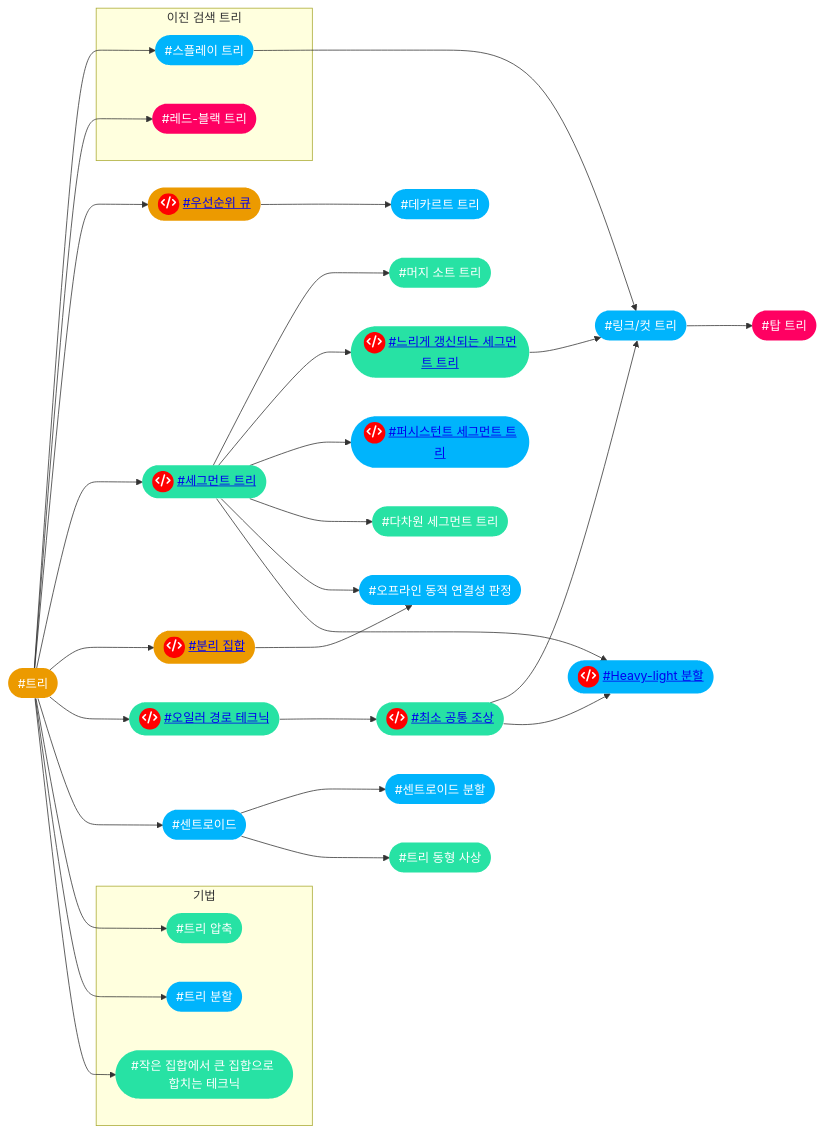
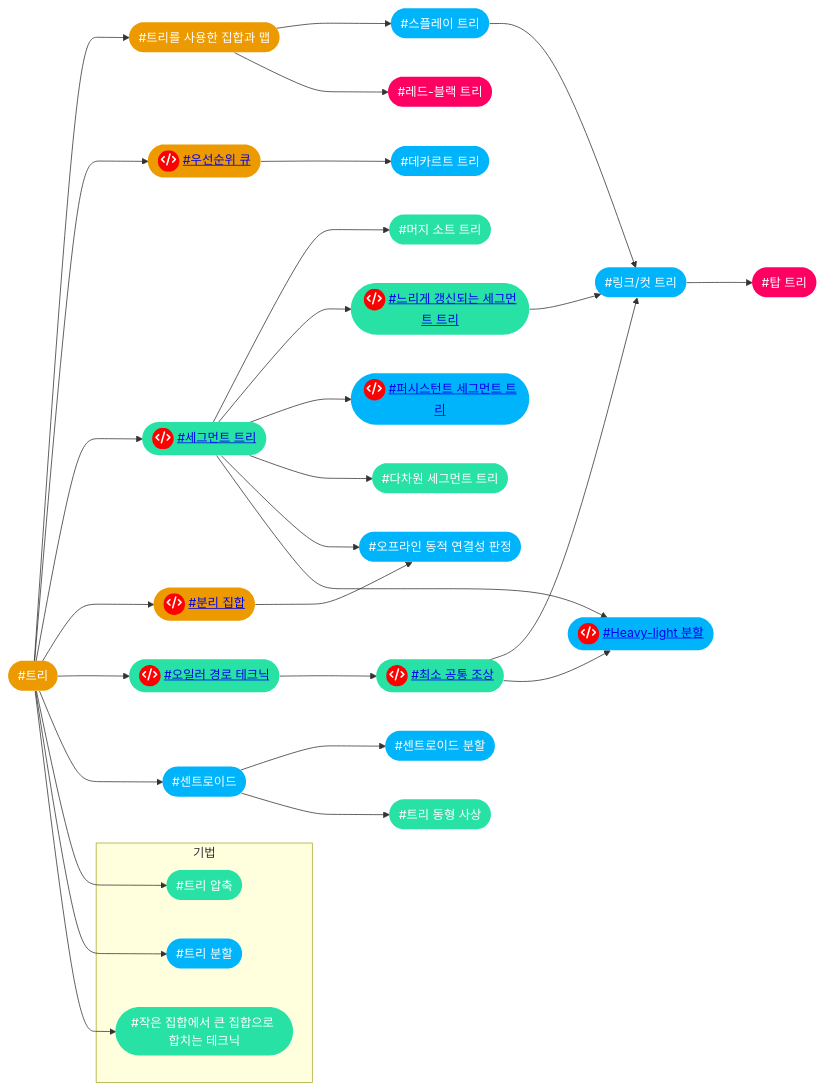
The sixth of 17 diagrams in index.md (CHOYUNSIG/algorithm_with_boj), drawn with Mermaid before and after one commit. The commit also changed 2 other files, not shown here.

Commit message:
태그 연결성 자동화 수정

```diff
--- a/index.md
+++ b/index.md
@@ -213,72 +213,69 @@
 <pre class="mermaid">
     graph LR
 
-    #trees --> #splay_tree
-    #trees --> #rb_tree
+    #trees --> #tree_set
     #trees --> #priority_queue
     #trees --> #segtree
     #trees --> #disjoint_set
     #trees --> #euler_tour_technique
     #trees --> #centroid
     #trees --> #tree_compression
     #trees --> #tree_decomposition
     #trees --> #smaller_to_larger
+    #tree_set --> #splay_tree
+    #tree_set --> #rb_tree
     #priority_queue --> #cartesian_tree
     #lca --> #link_cut_tree
     #lca --> #hld
     #centroid --> #centroid_decomposition
     #centroid --> #tree_isomorphism
     #splay_tree --> #link_cut_tree
     #link_cut_tree --> #top_tree
     #segtree --> #merge_sort_tree
     #segtree --> #lazyprop
     #segtree --> #pst
     #segtree --> #multi_segtree
     #segtree --> #offline_dynamic_connectivity
     #segtree --> #hld
     #euler_tour_technique --> #lca
     #lazyprop --> #link_cut_tree
     #disjoint_set --> #offline_dynamic_connectivity
-
-    subgraph 이진 검색 트리
-        #splay_tree
-        #rb_tree
-    end
 
     subgraph 기법
         #tree_compression
         #tree_decomposition
         #smaller_to_larger
     end
 
     #hld(["<span style="background-color: red; border-radius: 50%; display:inline-block; width:28px; height:28px">fa:fa-code</span> <a href="post/2024/01/31/hld.html">#Heavy-light 분할</a>"]):::tier4
     #lazyprop(["<span style="background-color: red; border-radius: 50%; display:inline-block; width:28px; height:28px">fa:fa-code</span> <a href="post/2024/01/29/lazyprop.html">#느리게 갱신되는 세그먼트 트리</a>"]):::tier3
     #multi_segtree(["#다차원 세그먼트 트리"]):::tier3
     #cartesian_tree(["#데카르트 트리"]):::tier4
     #rb_tree(["#레드-블랙 트리"]):::tier5
     #link_cut_tree(["#링크/컷 트리"]):::tier4
     #merge_sort_tree(["#머지 소트 트리"]):::tier3
     #disjoint_set(["<span style="background-color: red; border-radius: 50%; display:inline-block; width:28px; height:28px">fa:fa-code</span> <a href="post/2024/01/13/disjoint_set.html">#분리 집합</a>"]):::tier2
     #segtree(["<span style="background-color: red; border-radius: 50%; display:inline-block; width:28px; height:28px">fa:fa-code</span> <a href="post/2024/01/11/segtree.html">#세그먼트 트리</a>"]):::tier3
     #centroid(["#센트로이드"]):::tier4
     #centroid_decomposition(["#센트로이드 분할"]):::tier4
     #splay_tree(["#스플레이 트리"]):::tier4
     #euler_tour_technique(["<span style="background-color: red; border-radius: 50%; display:inline-block; width:28px; height:28px">fa:fa-code</span> <a href="post/2024/01/18/euler_tour_technique.html">#오일러 경로 테크닉</a>"]):::tier3
     #offline_dynamic_connectivity(["#오프라인 동적 연결성 판정"]):::tier4
     #priority_queue(["<span style="background-color: red; border-radius: 50%; display:inline-block; width:28px; height:28px">fa:fa-code</span> <a href="post/2024/01/15/priority_queue.html">#우선순위 큐</a>"]):::tier2
     #smaller_to_larger(["#작은 집합에서 큰 집합으로 합치는 테크닉"]):::tier3
     #lca(["<span style="background-color: red; border-radius: 50%; display:inline-block; width:28px; height:28px">fa:fa-code</span> <a href="post/2024/01/20/lca.html">#최소 공통 조상</a>"]):::tier3
     #top_tree(["#탑 트리"]):::tier5
     #trees(["#트리"]):::tier2
     #tree_isomorphism(["#트리 동형 사상"]):::tier3
     #tree_decomposition(["#트리 분할"]):::tier4
     #tree_compression(["#트리 압축"]):::tier3
+    #tree_set(["#트리를 사용한 집합과 맵"]):::tier2
     #pst(["<span style="background-color: red; border-radius: 50%; display:inline-block; width:28px; height:28px">fa:fa-code</span> <a href="post/2024/01/30/pst.html">#퍼시스턴트 세그먼트 트리</a>"]):::tier4
 
     classDef tier0 fill:#ad5600, color:#fff, stroke:#0000
     classDef tier1 fill:#435f7a, color:#fff, stroke:#0000
     classDef tier2 fill:#ec9a00, color:#fff, stroke:#0000
     classDef tier3 fill:#27e2a4, color:#fff, stroke:#0000
     classDef tier4 fill:#00b4fc, color:#fff, stroke:#0000
     classDef tier5 fill:#ff0062, color:#fff, stroke:#0000
 </pre>
```
